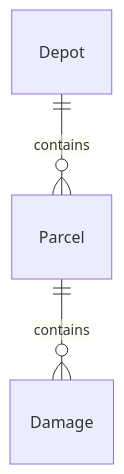
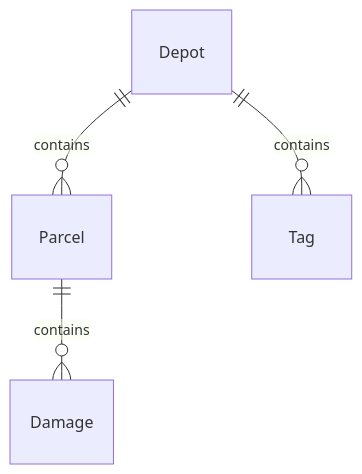
The first of 9 diagrams in internal/e2e/fixture/fixture.model.md (nicklanng/dynago), drawn with Mermaid before and after one commit. The commit also changed other lines of this file and 17 other files, not shown here.

````diff
--- a/internal/e2e/fixture/fixture.model.md
+++ b/internal/e2e/fixture/fixture.model.md
@@ -35,5 +36,6 @@
 ```mermaid
 erDiagram
   Depot ||--o{ Parcel : "contains"
+  Depot ||--o{ Tag : "contains"
   Parcel ||--o{ Damage : "contains"
 ```
````
